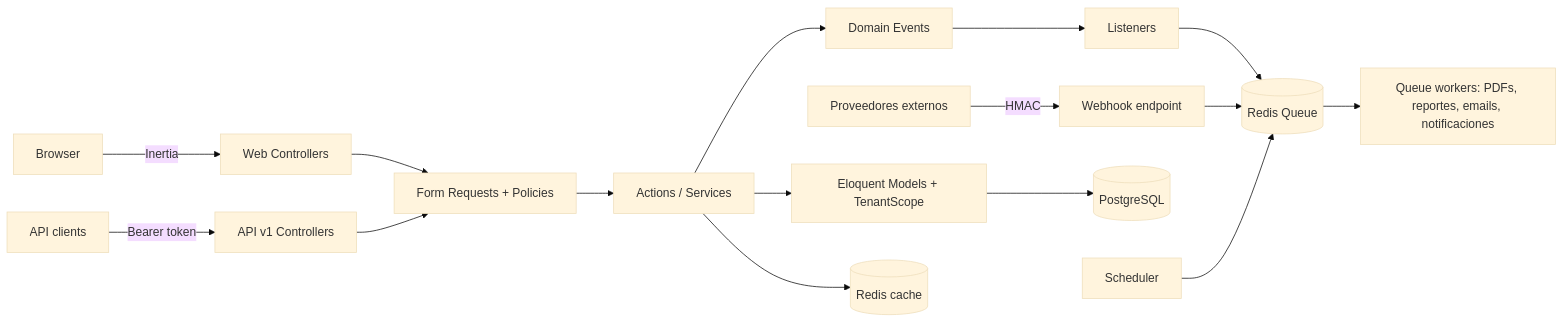
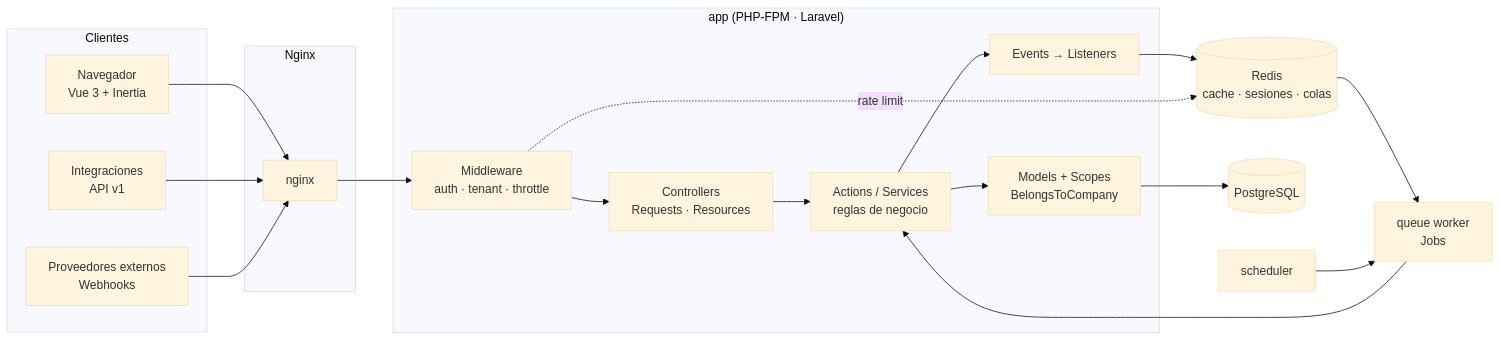
Before and after one commit to dsebas28/EnterpriseFlow-ERP: the first of 2 diagrams in docs/ARCHITECTURE.md, drawn with Mermaid (base theme). The commit also changed other lines of this file and 17 other files, not shown here.

````diff
--- a/docs/ARCHITECTURE.md
+++ b/docs/ARCHITECTURE.md
@@ -17,18 +15,34 @@
 ```mermaid
 flowchart LR
-    Browser -->|Inertia| WebCtrl[Web Controllers]
-    Client[API clients] -->|Bearer token| ApiCtrl[API v1 Controllers]
-    Provider[Proveedores externos] -->|HMAC| Webhook[Webhook endpoint]
+    subgraph Clientes
+        B[Navegador<br/>Vue 3 + Inertia]
+        I[Integraciones<br/>API v1]
+        W[Proveedores externos<br/>Webhooks]
+    end
 
-    WebCtrl --> Req[Form Requests + Policies]
-    ApiCtrl --> Req
-    Req --> Actions[Actions / Services]
-    Actions --> Models[Eloquent Models + TenantScope]
-    Actions --> Events[Domain Events]
-    Events --> Listeners --> Queue[(Redis Queue)]
-    Webhook --> Queue
-    Queue --> Workers[Queue workers: PDFs, reportes, emails, notificaciones]
-    Models --> PG[(PostgreSQL)]
-    Actions --> Cache[(Redis cache)]
-    Scheduler[Scheduler] --> Queue
+    subgraph Nginx
+        N[nginx]
+    end
+
+    subgraph App["app (PHP-FPM · Laravel)"]
+        MW[Middleware<br/>auth · tenant · throttle]
+        C[Controllers<br/>Requests · Resources]
+        A[Actions / Services<br/>reglas de negocio]
+        M[Models + Scopes<br/>BelongsToCompany]
+        EV[Events → Listeners]
+    end
+
+    Q[queue worker<br/>Jobs]
+    S[scheduler]
+    PG[(PostgreSQL)]
+    R[(Redis<br/>cache · sesiones · colas)]
+
+    B --> N
+    I --> N
+    W --> N
+    N --> MW --> C --> A --> M --> PG
+    A --> EV --> R
+    R --> Q --> A
+    S --> Q
+    MW -.rate limit.-> R
 ```
````
